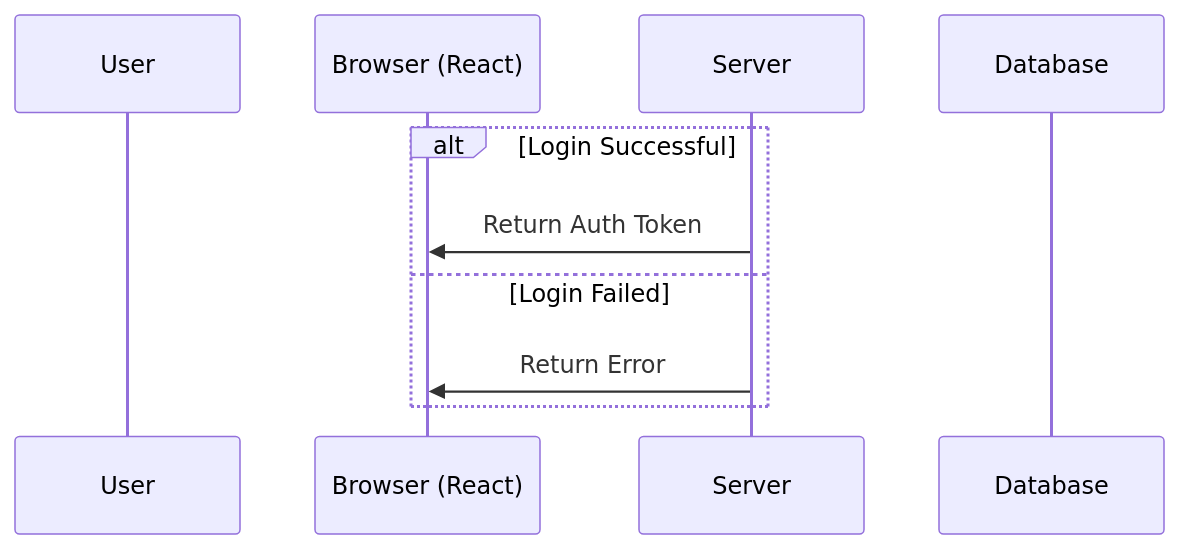
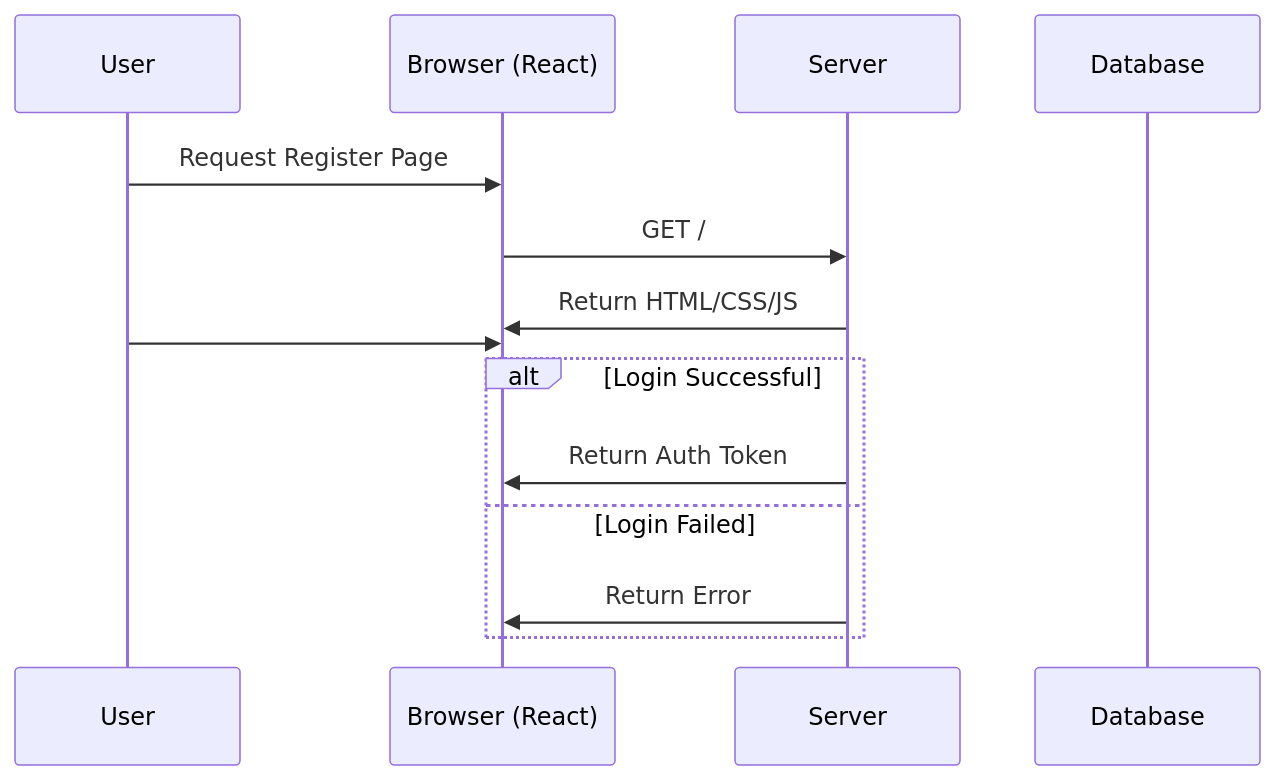
Before and after one commit to eddieblu/startup: the first of 2 diagrams in README.md, drawn with Mermaid. The commit also changed other lines of this file, not shown here.

Commit message:
Update README.md
i might remove sequence diagrams later

````diff
--- a/README.md
+++ b/README.md
@@ -30,13 +30,19 @@
 ```mermaid
 sequenceDiagram
     participant U as User
     participant B as Browser (React)
     participant S as Server
     participant DB as Database
 
+    U->>B: Request Register Page
+    B->>S: GET /
+    S->>B: Return HTML/CSS/JS
+
+    U->>B: 
+
     alt Login Successful
         S->>B: Return Auth Token
     else Login Failed
         S->>B: Return Error 
     end
 ```
````
